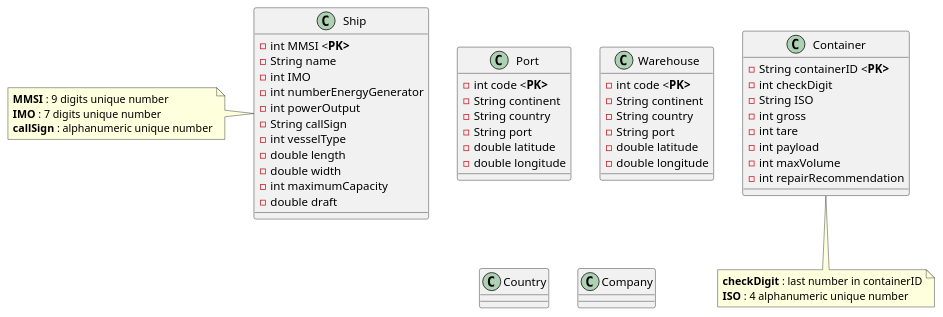
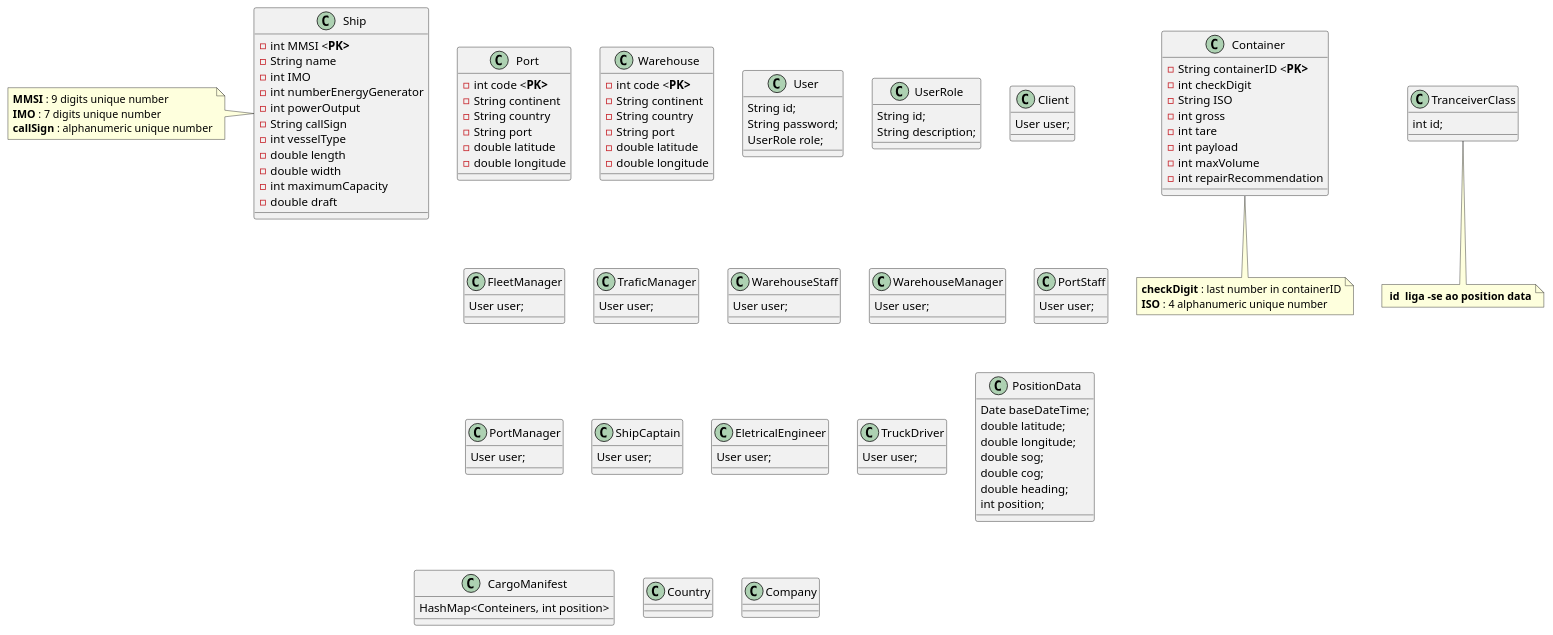
The diagram in Docs/Domain Model.puml (LourencoMelo/ISEP-LAPR3-ESINF), drawn with PlantUML before and after one commit.

Commit message:
[1190811] Another improvement in Domain Model

```diff
--- a/Docs/Domain Model.puml
+++ b/Docs/Domain Model.puml
@@ -1,64 +1,135 @@
 @startuml
 
 class Ship {
 
     -int MMSI <<b>PK>
     -String name
     -int IMO
     -int numberEnergyGenerator
     -int powerOutput
     -String callSign
     -int vesselType
     -double length
     -double width
     -int maximumCapacity
     -double draft
 }
 
 note left: <b>MMSI</b> : 9 digits unique number\n<b>IMO</b> : 7 digits unique number\n<b>callSign</b> : alphanumeric unique number
 
 class Container {
 
     -String containerID <<b>PK>
     -int checkDigit
     -String ISO
     -int gross
     -int tare
     -int payload
     -int maxVolume
     -int repairRecommendation
 
 }
 
 note bottom: <b>checkDigit</b> : last number in containerID\n<b>ISO</b> : 4 alphanumeric unique number
 
 
 class Port {
     -int code <<b>PK>
     -String continent
     -String country
     -String port
     -double latitude
     -double longitude
 
 }
 
 class Warehouse {
     -int code <<b>PK>
     -String continent
     -String country
     -String port
     -double latitude
     -double longitude
 
 }
 
+class User{
+    String id;
+    String password;
+    UserRole role;
+}
+
+class UserRole{
+    String id;
+    String description;
+}
+
+class Client{
+    User user;
+}
+
+class FleetManager{
+    User user;
+}
+
+class TraficManager{
+    User user;
+}
+
+class WarehouseStaff{
+    User user;
+}
+
+class WarehouseManager{
+    User user;
+}
+
+class PortStaff{
+    User user;
+}
+
+class PortManager{
+    User user;
+}
+
+class ShipCaptain{
+    User user;
+}
+
+class EletricalEngineer{
+    User user;
+}
+
+class TruckDriver{
+    User user;
+}
+
+class PositionData{
+    Date baseDateTime;
+    double latitude;
+    double longitude;
+    double sog;
+    double cog;
+    double heading;
+    int position;
+
+}
+
+class TranceiverClass{
+    int id;
+}
+note bottom: <b> id <b> liga -se ao position data
+
+class CargoManifest{
+    HashMap<Conteiners, int position>
+}
+
 class Country {
 
 }
 
 class Company {
 
 }
 
 @enduml
```
